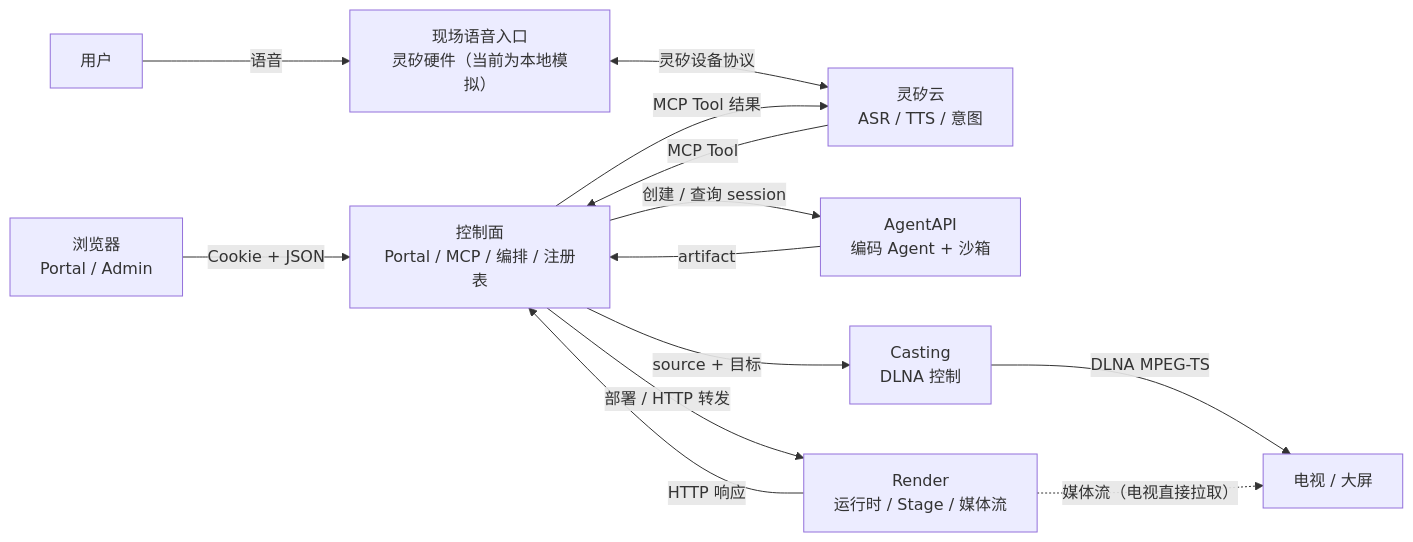
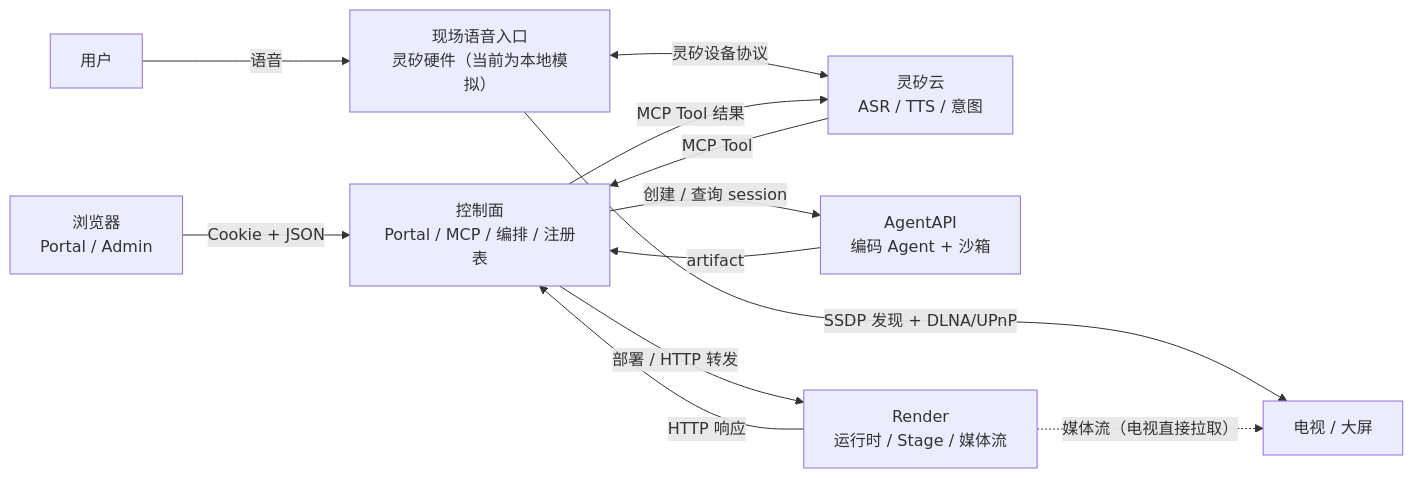
Before and after one commit to open-anywhere/open-anywhere: the diagram in docs/architecture/overview.md, drawn with Mermaid. The commit also changed other lines of this file and 177 other files, not shown here.

First line of the commit message:
feat: 投屏改为设备端发起（附 Render 配置鉴权、后台设备视图） (#130)

````diff
--- a/docs/architecture/overview.md
+++ b/docs/architecture/overview.md
@@ -86,15 +87,14 @@
 ```mermaid
 flowchart LR
   B["浏览器<br/>Portal / Admin"] -->|Cookie + JSON| C
   U["用户"] -->|语音| V["现场语音入口<br/>灵矽硬件（当前为本地模拟）"]
   V <-->|灵矽设备协议| L["灵矽云<br/>ASR / TTS / 意图"]
   L -->|MCP Tool| C["控制面<br/>Portal / MCP / 编排 / 注册表"]
   C -->|创建 / 查询 session| A["AgentAPI<br/>编码 Agent + 沙箱"]
   A -->|artifact| C
   C -->|部署 / HTTP 转发| R["Render<br/>运行时 / Stage / 媒体流"]
   R -->|HTTP 响应| C
   C -->|MCP Tool 结果| L
-  C -->|source + 目标| P["Casting<br/>DLNA 控制"]
-  P -->|DLNA MPEG-TS| T["电视 / 大屏"]
+  V -->|SSDP 发现 + DLNA/UPnP| T["电视 / 大屏"]
   R -.->|媒体流（电视直接拉取）| T
 ```
````
